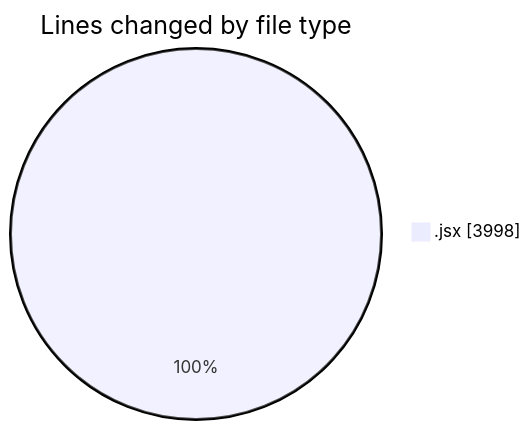
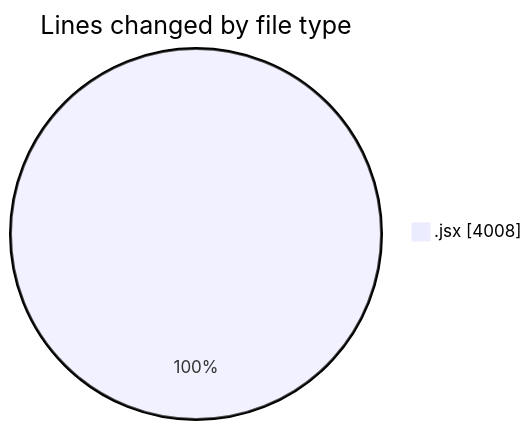
Before and after one commit to nxtqubesakshisongat/code-tracking: the first of 2 diagrams in 2025-10-14/nxtqube_webapp/README.md, drawn with Mermaid. The commit also changed other lines of this file and 1 other file, not shown here.

````diff
--- a/2025-10-14/nxtqube_webapp/README.md
+++ b/2025-10-14/nxtqube_webapp/README.md
@@ -21,5 +21,5 @@
 ```mermaid
 pie showData
 title Lines changed by file type
-".jsx" : 3998
+".jsx" : 4008
 ```
````
